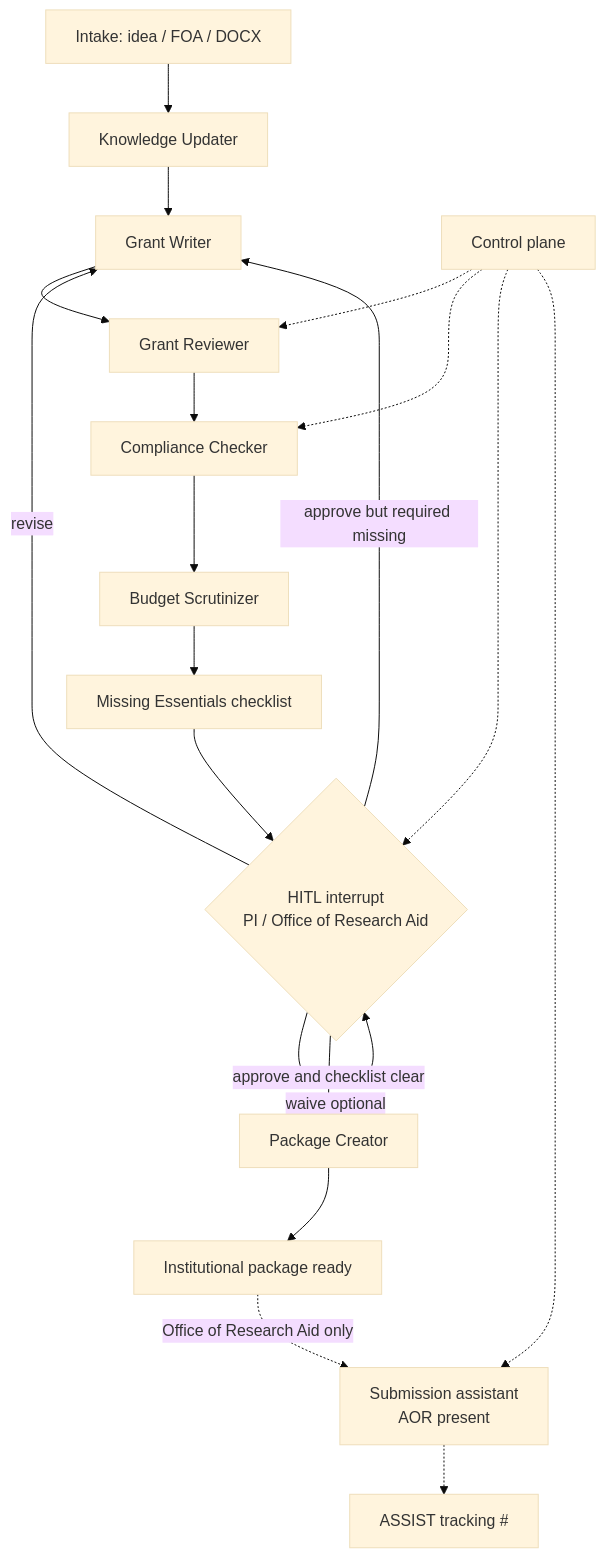
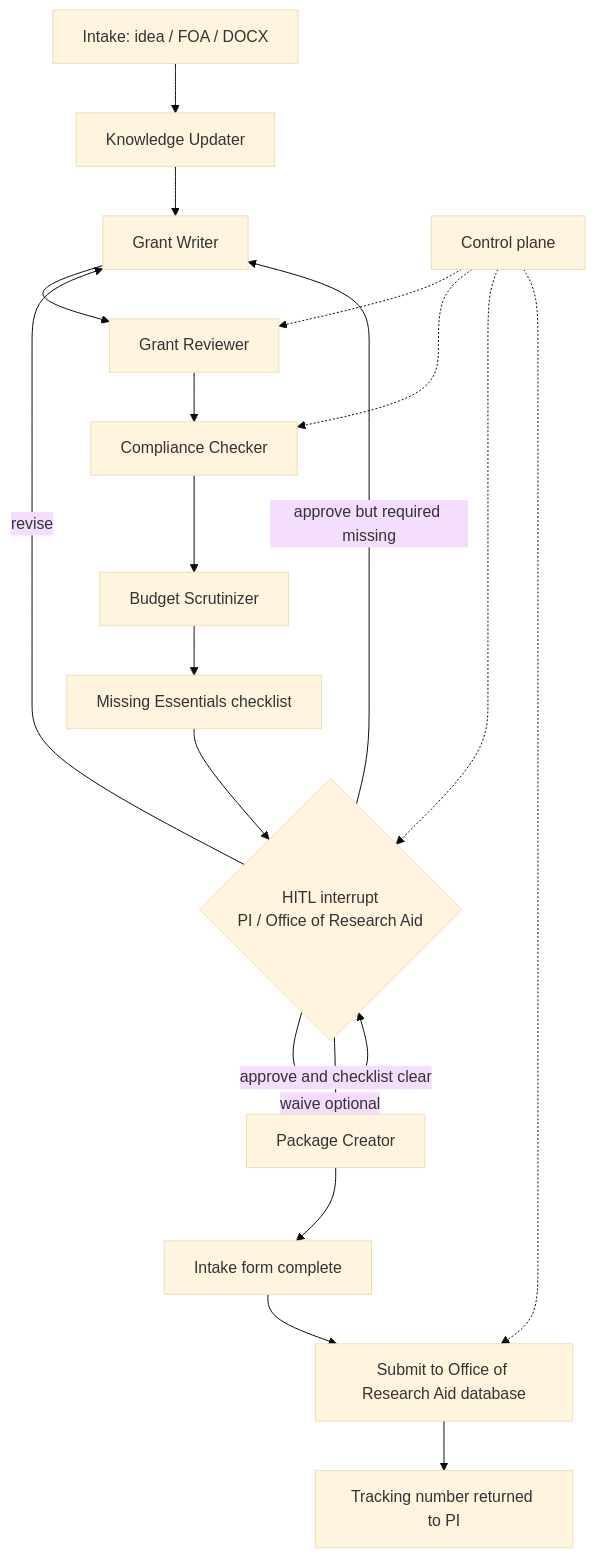
Before and after one commit to YPCC/grant-agent-lab: the second of 5 diagrams in docs/architecture.md, drawn with Mermaid (base theme). The commit also changed 24 other files, not shown here.

First line of the commit message:
Replace NIH submit with Office of Research Aid intake

````diff
--- a/docs/architecture.md
+++ b/docs/architecture.md
@@ -52,24 +52,24 @@
 ```mermaid
 flowchart TD
   IN[Intake: idea / FOA / DOCX] --> KU[Knowledge Updater]
   KU --> WR[Grant Writer]
   WR --> RV[Grant Reviewer]
   RV --> CC[Compliance Checker]
   CC --> BS[Budget Scrutinizer]
   BS --> ME[Missing Essentials checklist]
   ME --> HITL{HITL interrupt<br/>PI / Office of Research Aid}
 
   HITL -->|revise| WR
   HITL -->|waive optional| HITL
   HITL -->|approve and checklist clear| PK[Package Creator]
   HITL -->|approve but required missing| WR
 
-  PK --> READY[Institutional package ready]
-  READY -.->|Office of Research Aid only| SA[Submission assistant<br/>AOR present]
-  SA -.-> ASSIST[ASSIST tracking #]
+  PK --> READY[Intake form complete]
+  READY --> ODB[Submit to Office of Research Aid database]
+  ODB --> TRACK[Tracking number returned to PI]
 
   CP[Control plane] -.-> RV
   CP -.-> CC
   CP -.-> HITL
-  CP -.-> SA
+  CP -.-> ODB
 ```
````
